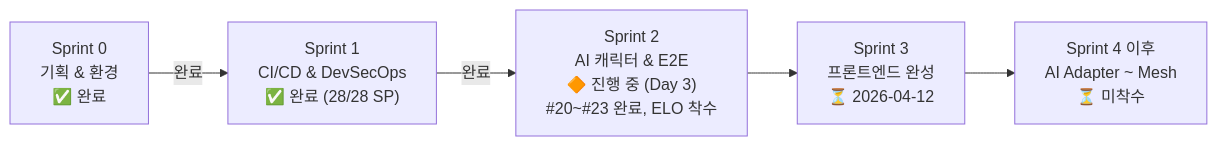
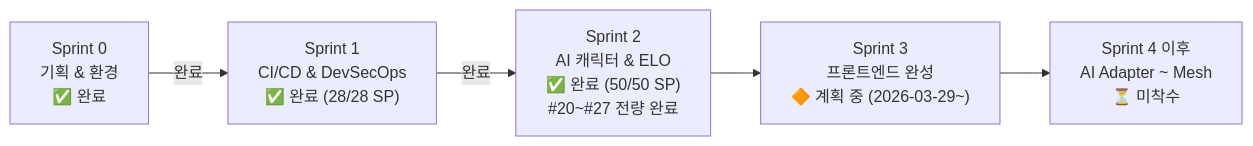
Before and after one commit to k82022603/RummiArena: the first of 3 diagrams in docs/01-planning/09-roadmap-and-backlog.md, drawn with Mermaid. The commit also changed other lines of this file and 3 other files, not shown here.

````diff
--- a/docs/01-planning/09-roadmap-and-backlog.md
+++ b/docs/01-planning/09-roadmap-and-backlog.md
@@ -10,13 +10,13 @@
 ```mermaid
 flowchart LR
     S0["Sprint 0\n기획 & 환경\n✅ 완료"]
     S1["Sprint 1\nCI/CD & DevSecOps\n✅ 완료 (28/28 SP)"]
-    S2["Sprint 2\nAI 캐릭터 & E2E\n🔶 진행 중 (Day 3)\n#20~#23 완료, ELO 착수"]
-    S3["Sprint 3\n프론트엔드 완성\n⏳ 2026-04-12"]
+    S2["Sprint 2\nAI 캐릭터 & ELO\n✅ 완료 (50/50 SP)\n#20~#27 전량 완료"]
+    S3["Sprint 3\n프론트엔드 완성\n🔶 계획 중 (2026-03-29~)"]
     S4["Sprint 4 이후\nAI Adapter ~ Mesh\n⏳ 미착수"]
 
     S0 -->|완료| S1
     S1 -->|완료| S2
     S2 --> S3
     S3 --> S4
 ```
````
